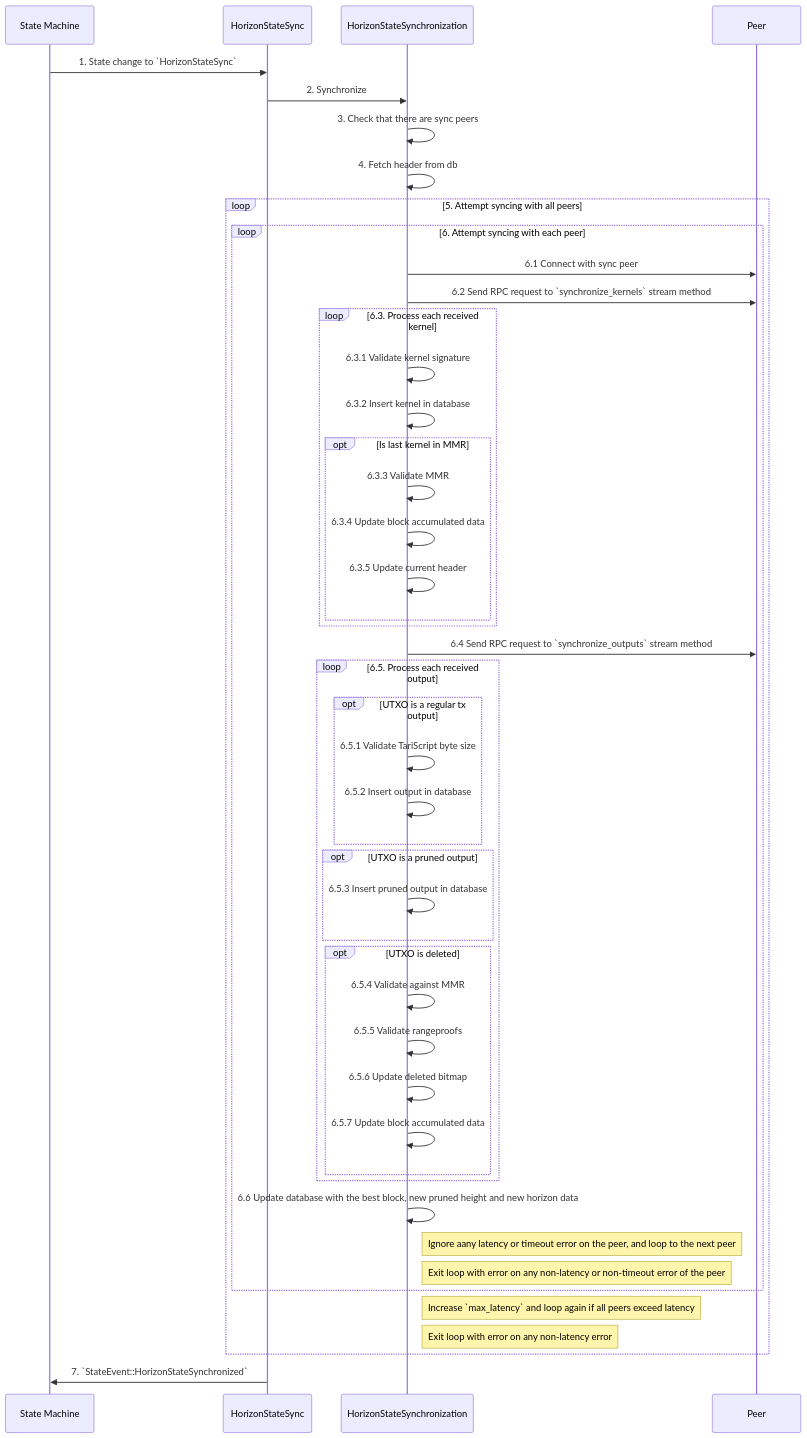
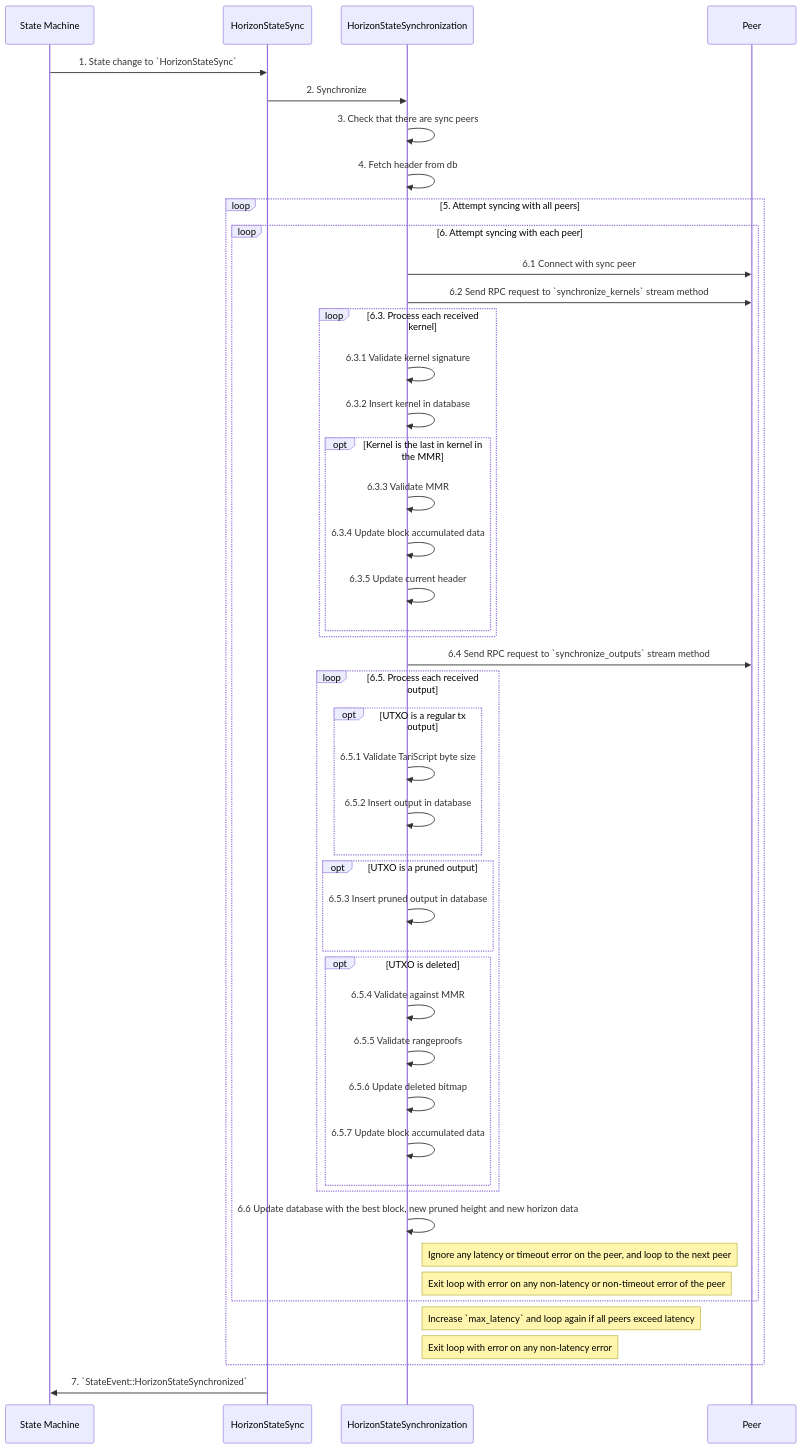
Before and after one commit to tari-project/tari: the second of 2 diagrams in docs/src/diagrams/horizon_sync.md, drawn with Mermaid.

````diff
--- a/docs/src/diagrams/horizon_sync.md
+++ b/docs/src/diagrams/horizon_sync.md
@@ -44,48 +44,48 @@
 ```mermaid
 sequenceDiagram
 participant State Machine
 participant HorizonStateSync
 participant HorizonStateSynchronization
 participant Peer
 State Machine->>HorizonStateSync: 1. State change to `HorizonStateSync`
 HorizonStateSync->>HorizonStateSynchronization: 2. Synchronize
 HorizonStateSynchronization->>HorizonStateSynchronization: 3. Check that there are sync peers
 HorizonStateSynchronization->>HorizonStateSynchronization: 4. Fetch header from db
 loop 5. Attempt syncing with all peers
     loop 6. Attempt syncing with each peer
         HorizonStateSynchronization->>Peer: 6.1 Connect with sync peer
         HorizonStateSynchronization->>Peer: 6.2 Send RPC request to `synchronize_kernels` stream method
         loop 6.3. Process each received kernel 
             HorizonStateSynchronization->>HorizonStateSynchronization: 6.3.1 Validate kernel signature
             HorizonStateSynchronization->>HorizonStateSynchronization: 6.3.2 Insert kernel in database
-            opt Is last kernel in MMR
+            opt Kernel is the last in kernel in the MMR
                 HorizonStateSynchronization->>HorizonStateSynchronization: 6.3.3 Validate MMR
 	            HorizonStateSynchronization->>HorizonStateSynchronization: 6.3.4 Update block accumulated data
 	            HorizonStateSynchronization->>HorizonStateSynchronization: 6.3.5 Update current header
             end
         end
         HorizonStateSynchronization->>Peer: 6.4 Send RPC request to `synchronize_outputs` stream method
         loop 6.5. Process each received output 
             opt UTXO is a regular tx output
 	            HorizonStateSynchronization->>HorizonStateSynchronization: 6.5.1 Validate TariScript byte size
                 HorizonStateSynchronization->>HorizonStateSynchronization: 6.5.2 Insert output in database
             end
             opt UTXO is a pruned output
                 HorizonStateSynchronization->>HorizonStateSynchronization: 6.5.3 Insert pruned output in database
             end
             opt UTXO is deleted
                 HorizonStateSynchronization->>HorizonStateSynchronization: 6.5.4 Validate against MMR
                 HorizonStateSynchronization->>HorizonStateSynchronization: 6.5.5 Validate rangeproofs
                 HorizonStateSynchronization->>HorizonStateSynchronization: 6.5.6 Update deleted bitmap
                 HorizonStateSynchronization->>HorizonStateSynchronization: 6.5.7 Update block accumulated data
             end
         end
         HorizonStateSynchronization->>HorizonStateSynchronization: 6.6 Update database with the best block, new pruned height and new horizon data
-        Note right of HorizonStateSynchronization: Ignore aany latency or timeout error on the peer, and loop to the next peer
+        Note right of HorizonStateSynchronization: Ignore any latency or timeout error on the peer, and loop to the next peer
         Note right of HorizonStateSynchronization: Exit loop with error on any non-latency or non-timeout error of the peer
     end
     Note right of HorizonStateSynchronization: Increase `max_latency` and loop again if all peers exceed latency
     Note right of HorizonStateSynchronization: Exit loop with error on any non-latency error
 end     
 HorizonStateSync->>State Machine: 7. `StateEvent::HorizonStateSynchronized`
 ```
````
